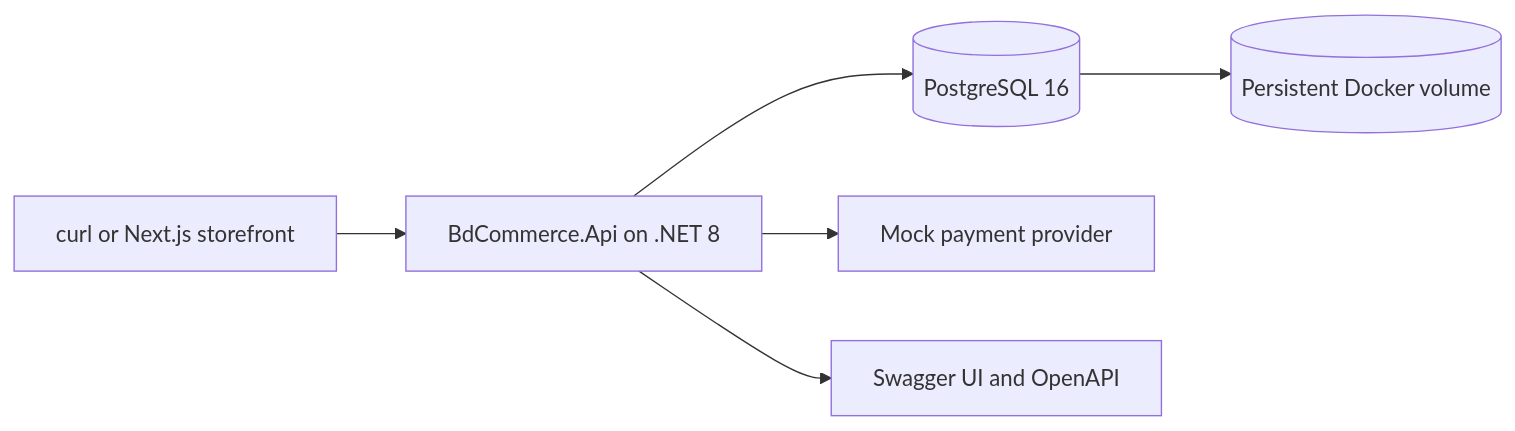
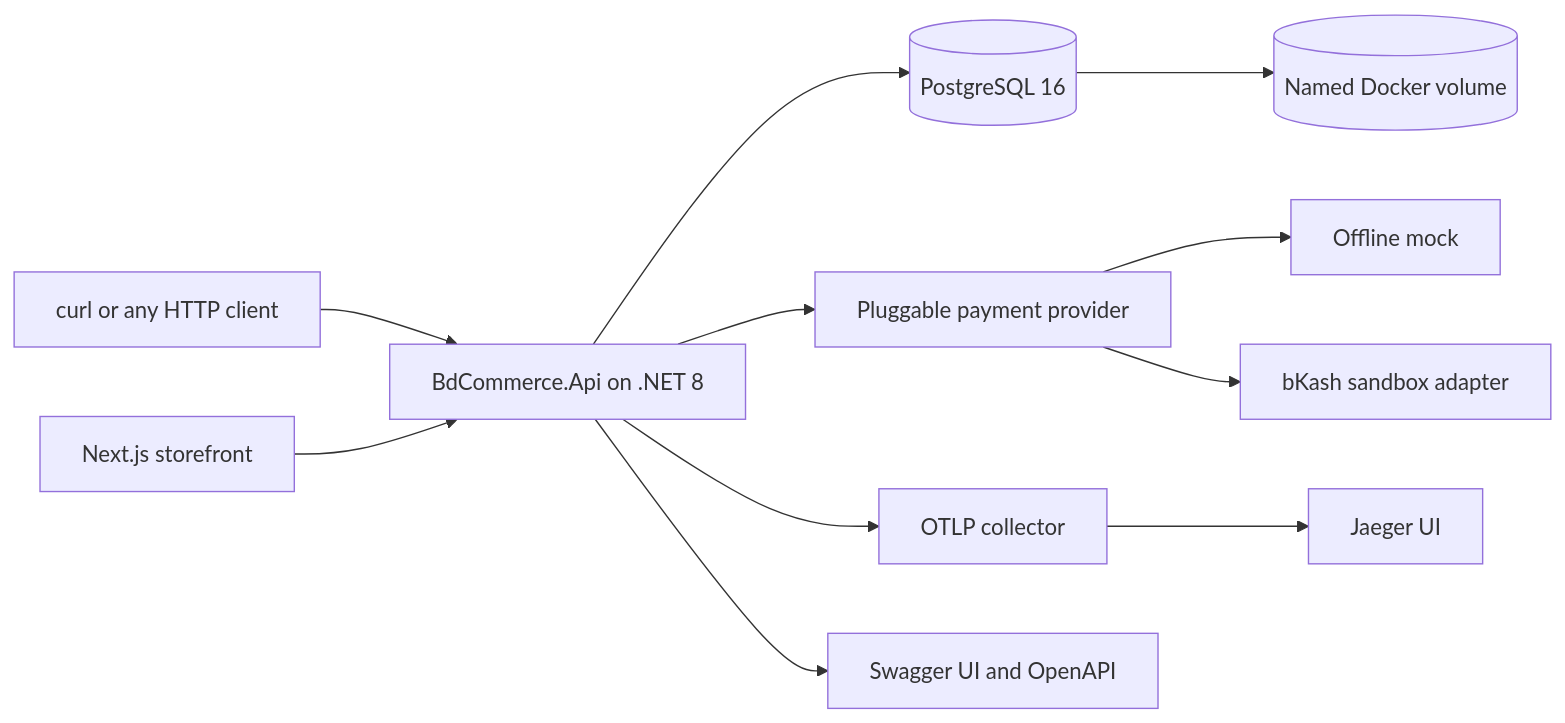
Before and after one commit to ibraramin/bd-commerce-api: the diagram in README.md, drawn with Mermaid. The commit also changed other lines of this file, not shown here.

````diff
--- a/README.md
+++ b/README.md
@@ -100,8 +120,13 @@
 ```mermaid
 flowchart LR
-    Client[curl or Next.js storefront] --> Api[BdCommerce.Api on .NET 8]
-    Api --> Db[(PostgreSQL 16)]
-    Api --> Pay[Mock payment provider]
+    Client[curl or any HTTP client] --> Api
+    Storefront[Next.js storefront] --> Api
+    Api[BdCommerce.Api on .NET 8] --> Db[(PostgreSQL 16)]
+    Api --> Provider[Pluggable payment provider]
+    Provider --> Mock[Offline mock]
+    Provider --> Sandbox[bKash sandbox adapter]
+    Api --> Collector[OTLP collector]
+    Collector --> Jaeger[Jaeger UI]
     Api --> Docs[Swagger UI and OpenAPI]
-    Db --> Vol[(Persistent Docker volume)]
+    Db --> Volume[(Named Docker volume)]
 ```
````
